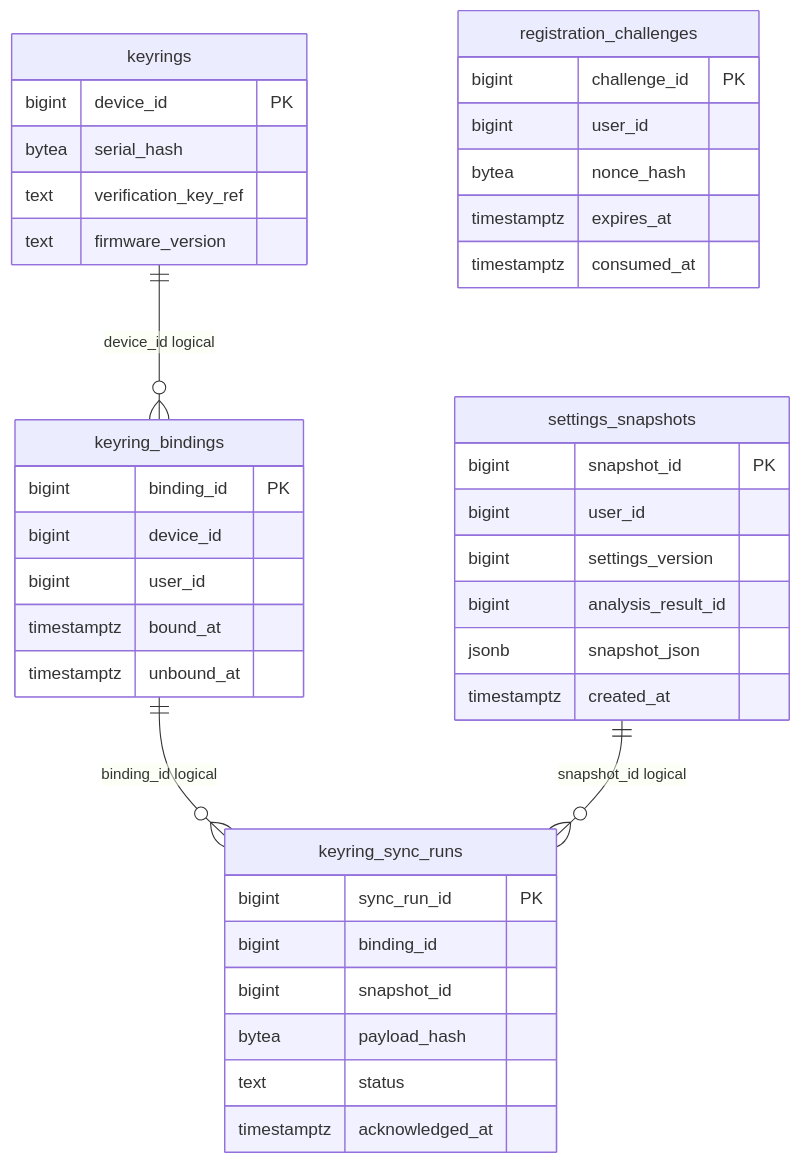
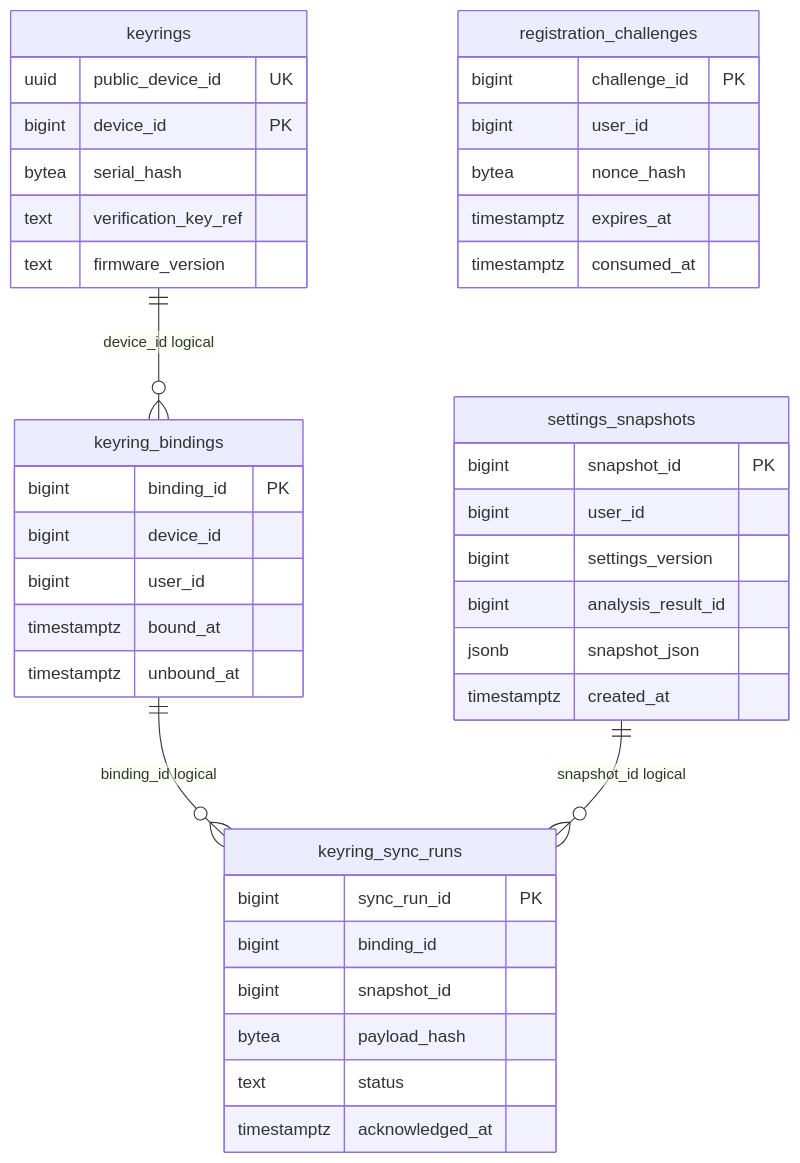
One commit to j-moo/Tingle changed the diagram in docs/database/erd-2.mmd. Above: the diagram before and after it, drawn with Mermaid. The commit also changed 122 other files, not shown here.

Commit message:
fix: 채팅 저장과 안내 연동 및 API와 ERD 정합화

```diff
--- a/docs/database/erd-2.mmd
+++ b/docs/database/erd-2.mmd
@@ -1,40 +1,41 @@
 erDiagram
     keyrings {
+        uuid public_device_id UK
         bigint device_id PK
         bytea serial_hash
         text verification_key_ref
         text firmware_version
     }
     keyring_bindings {
         bigint binding_id PK
         bigint device_id
         bigint user_id
         timestamptz bound_at
         timestamptz unbound_at
     }
     registration_challenges {
         bigint challenge_id PK
         bigint user_id
         bytea nonce_hash
         timestamptz expires_at
         timestamptz consumed_at
     }
     keyring_sync_runs {
         bigint sync_run_id PK
         bigint binding_id
         bigint snapshot_id
         bytea payload_hash
         text status
         timestamptz acknowledged_at
     }
     settings_snapshots {
         bigint snapshot_id PK
         bigint user_id
         bigint settings_version
         bigint analysis_result_id
         jsonb snapshot_json
         timestamptz created_at
     }
     keyrings ||--o{ keyring_bindings : "device_id logical"
     keyring_bindings ||--o{ keyring_sync_runs : "binding_id logical"
     settings_snapshots ||--o{ keyring_sync_runs : "snapshot_id logical"
```
